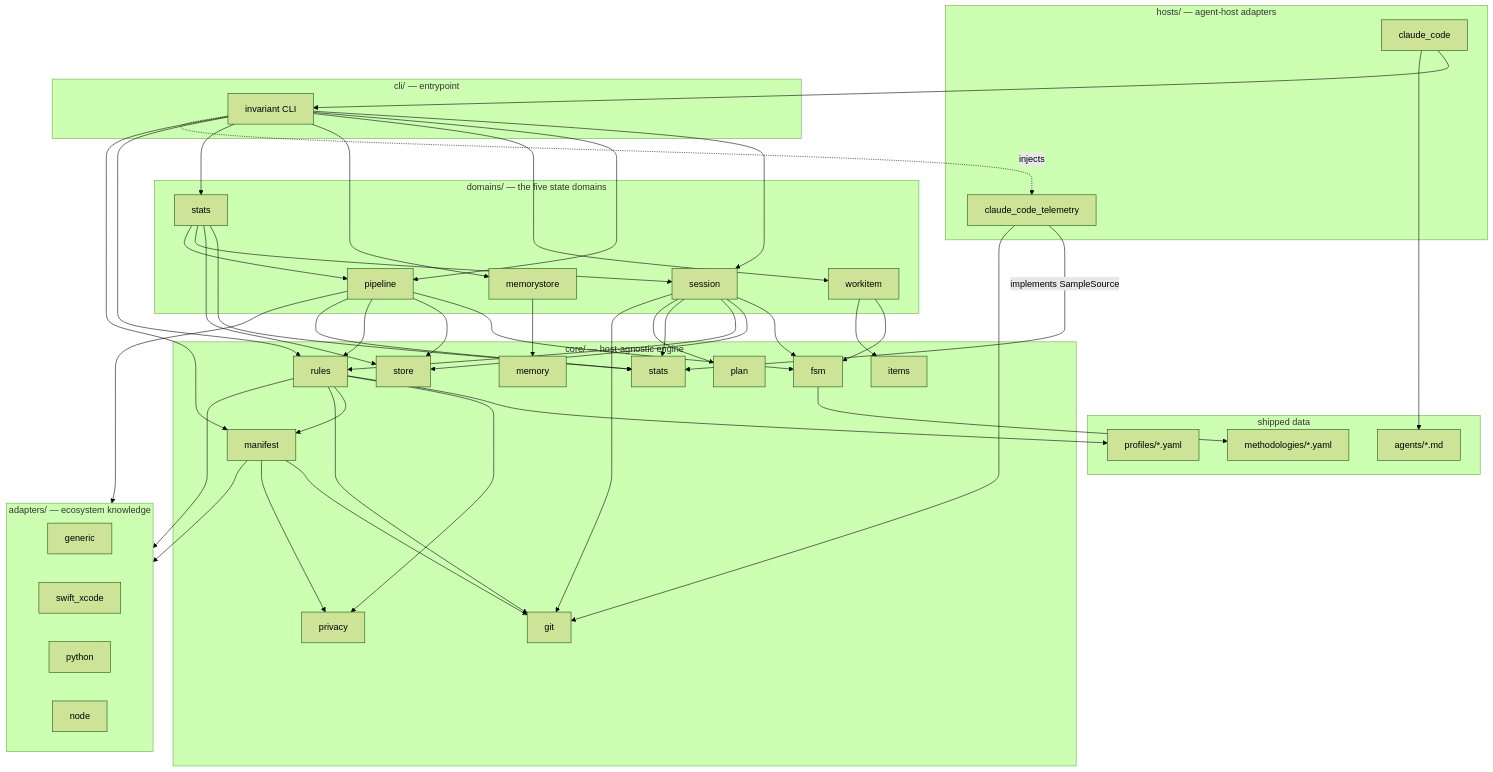
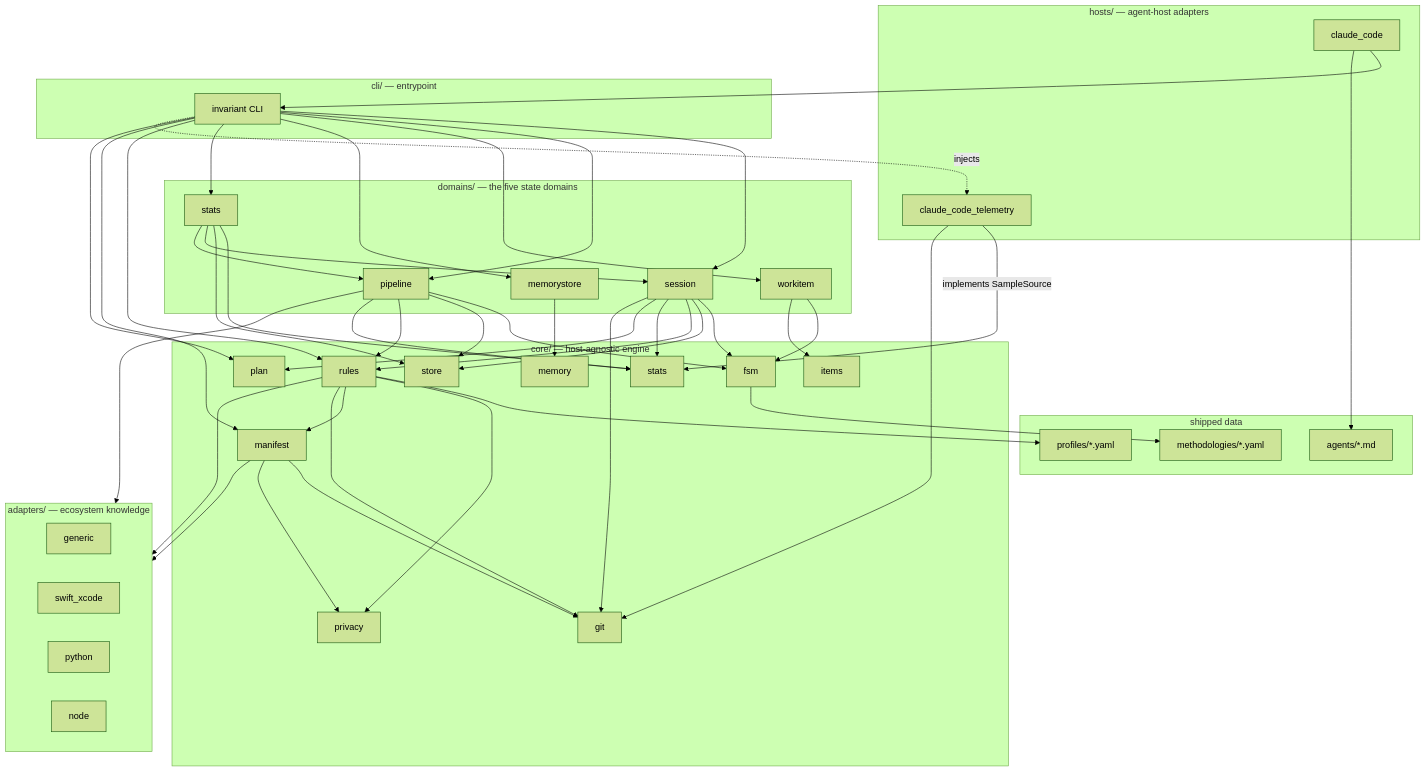
Before and after one commit to Mindchallenges/Invariant: the first of 3 diagrams in docs/architecture/overview.md, drawn with Mermaid (forest theme). The commit also changed other lines of this file and 6 other files, not shown here.

```diff
--- a/docs/architecture/overview.md
+++ b/docs/architecture/overview.md
@@ -62,6 +62,7 @@
     CLI --> STATSDOMAIN
     CLI --> RULES
     CLI --> MANIFEST
+    CLI --> PLAN
     CLI -. injects .-> CCTEL
 
     SESSION --> FSM
```
